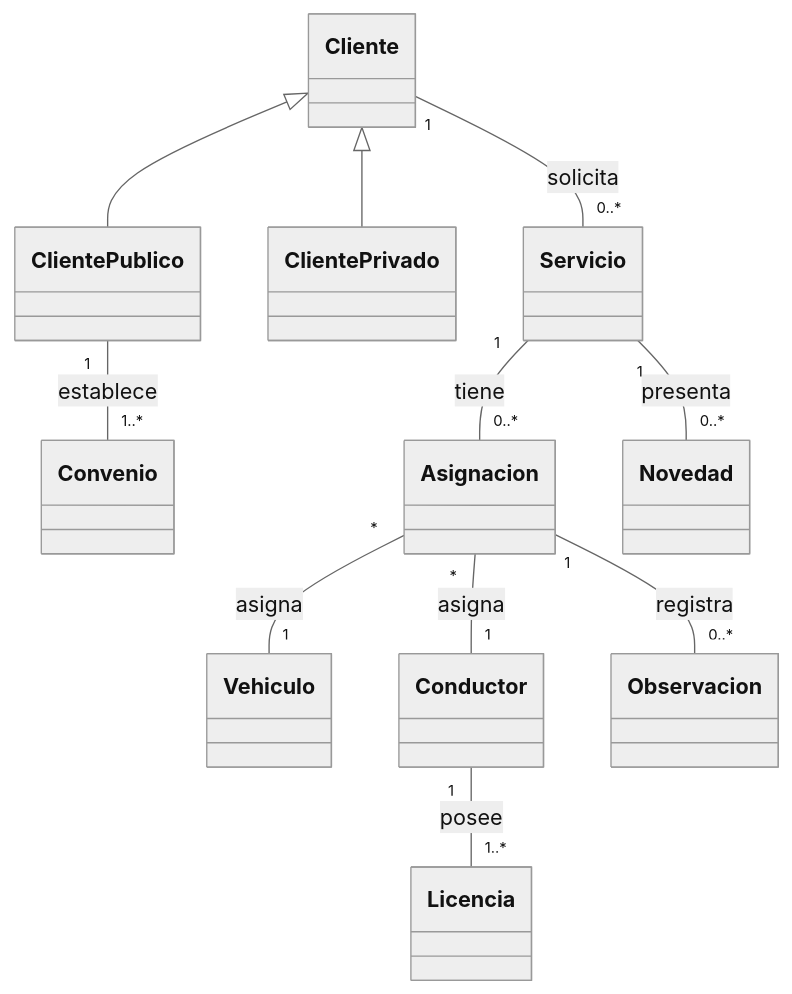
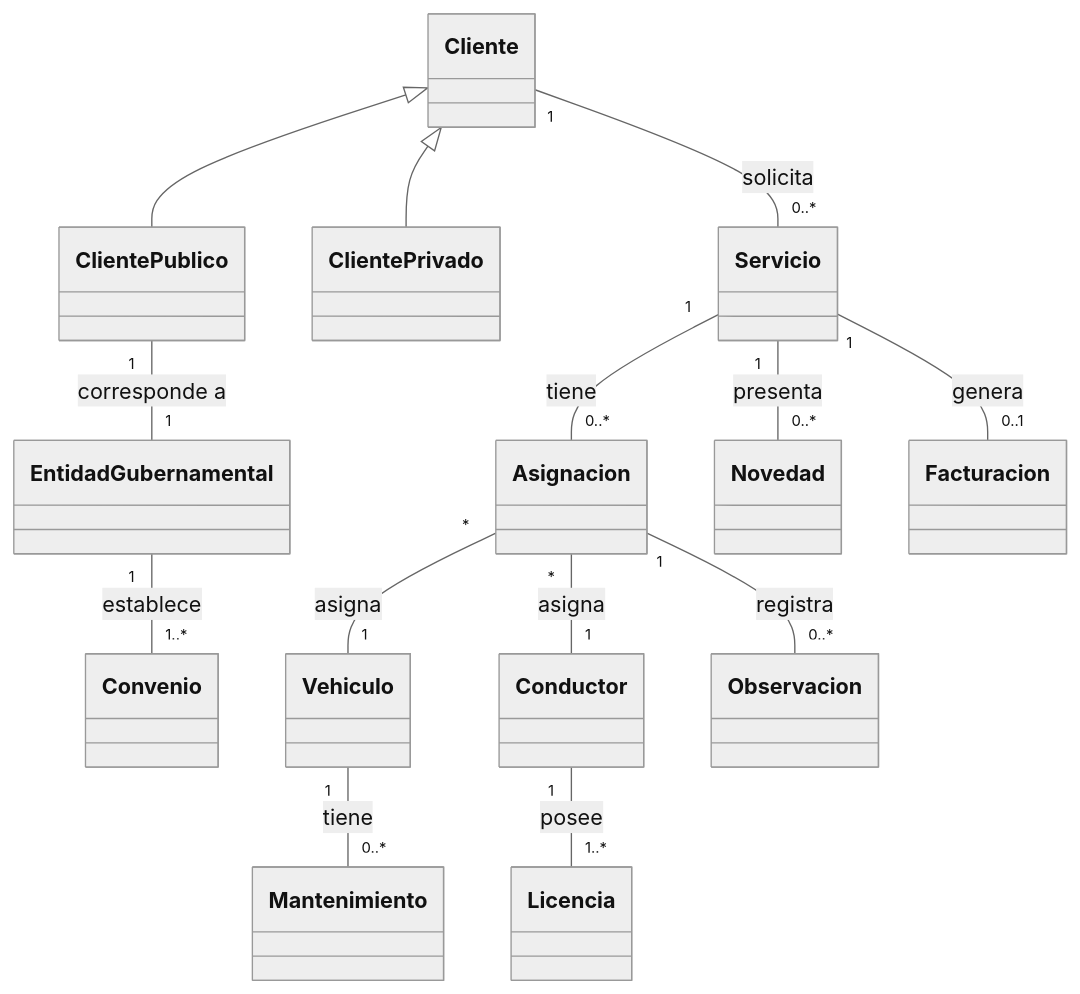
One commit to daprieto1/MBDA-Class-Helper changed the diagram in ClassWork/PPT1/README.md. Above: the diagram before and after it, drawn with Mermaid (neutral theme). The commit also changed other lines of this file, not shown here.

````diff
--- a/ClassWork/PPT1/README.md
+++ b/ClassWork/PPT1/README.md
@@ -7,25 +7,31 @@
 ```mermaid
 classDiagram
     class Cliente
     class ClientePublico
     class ClientePrivado
+    class EntidadGubernamental
     class Convenio
     class Vehiculo
     class Servicio
     class Asignacion
     class Conductor
     class Novedad
     class Observacion
     class Licencia
+    class Mantenimiento
+    class Facturacion
 
     Cliente <|-- ClientePublico
     Cliente <|-- ClientePrivado
-    ClientePublico "1" -- "1..*" Convenio : establece
+    ClientePublico "1" -- "1" EntidadGubernamental : corresponde a
+    EntidadGubernamental "1" -- "1..*" Convenio : establece
     Cliente "1" -- "0..*" Servicio : solicita
     Servicio "1" -- "0..*" Novedad : presenta
     Servicio "1" -- "0..*" Asignacion : tiene
     Asignacion "*" -- "1" Vehiculo : asigna
     Asignacion "*" -- "1" Conductor : asigna
     Conductor "1" -- "1..*" Licencia : posee
     Asignacion "1" -- "0..*" Observacion : registra
+    Vehiculo "1" -- "0..*" Mantenimiento : tiene
+    Servicio "1" -- "0..1" Facturacion : genera
 ```
````
